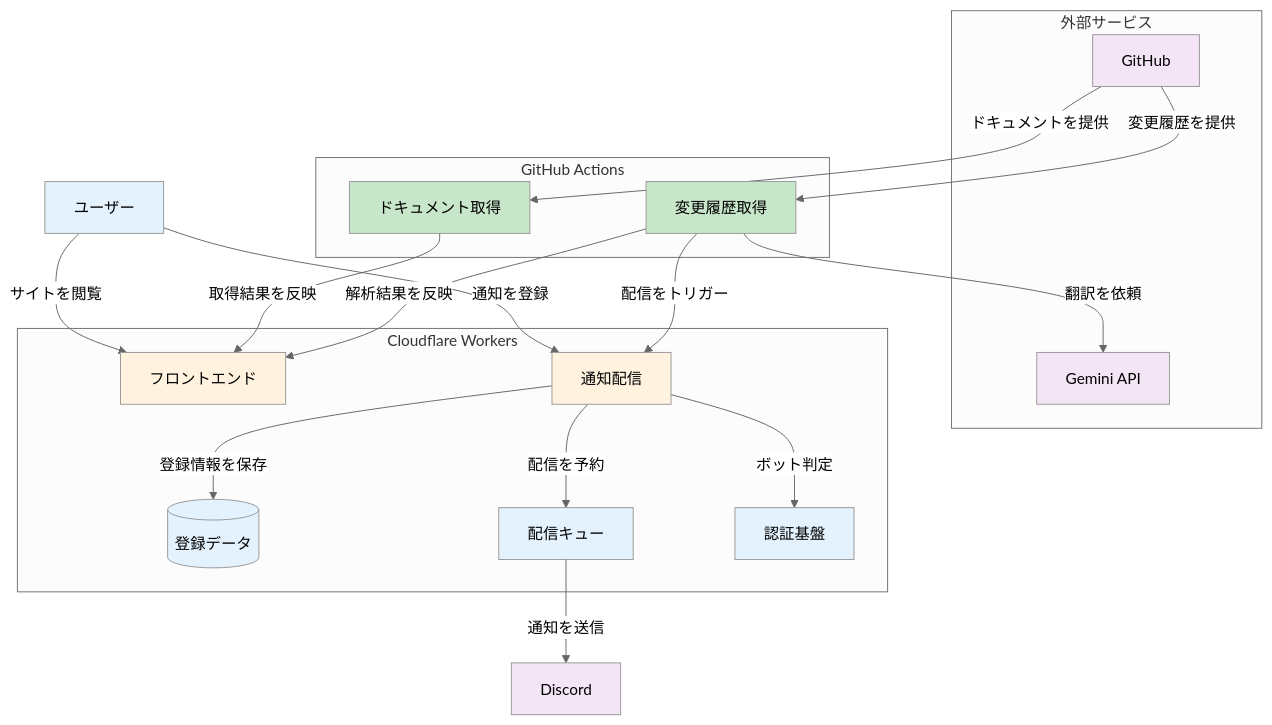
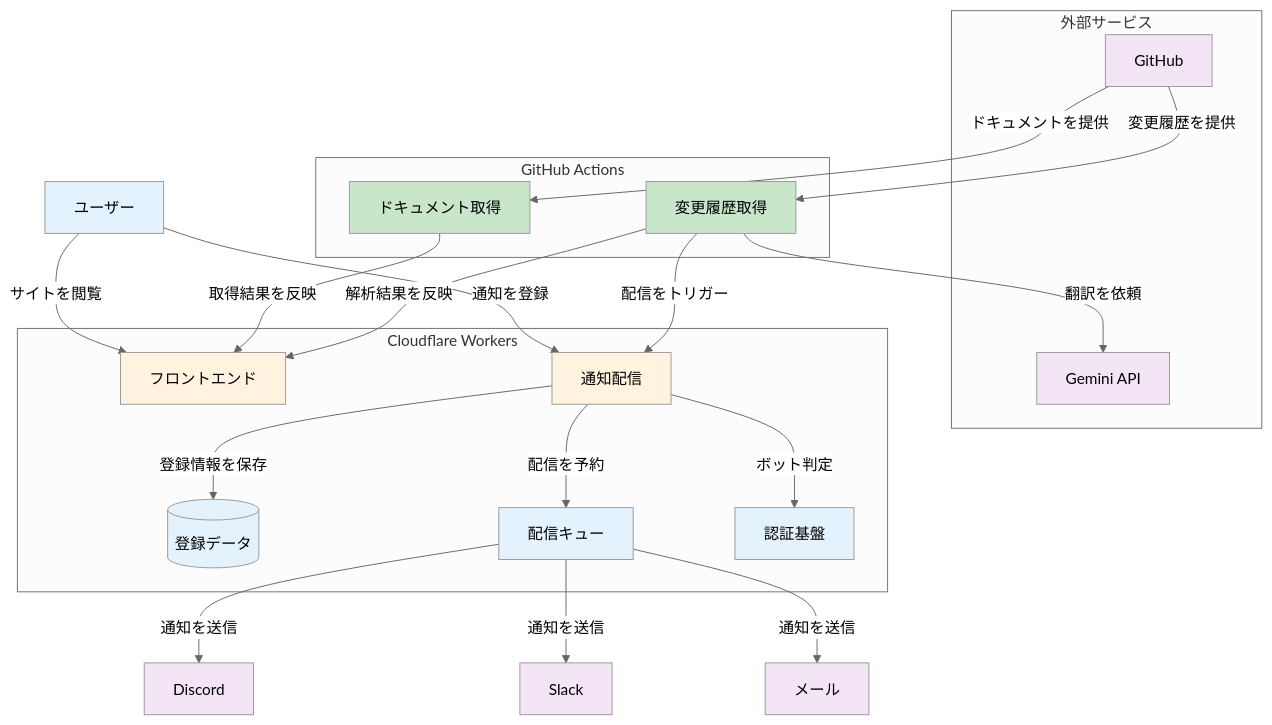
The diagram in README.md (Suntory-N-Water/claude-code-changelog-viewer), drawn with Mermaid (neutral theme) before and after one commit. The commit also changed other lines of this file, not shown here.

````diff
--- a/README.md
+++ b/README.md
@@ -62,49 +62,55 @@
 ```mermaid
 graph TD
     subgraph "外部サービス"
         GH[GitHub]
         GEMINI[Gemini API]
     end
 
     subgraph "GitHub Actions"
         FETCH_CL[変更履歴取得]
         FETCH_DOC[ドキュメント取得]
     end
 
     subgraph "Cloudflare Workers"
         WWW[フロントエンド]
         NW[通知配信]
         D1[(登録データ)]
         QUEUES[配信キュー]
         TURNSTILE[認証基盤]
     end
 
     USER[ユーザー]
     DISCORD[Discord]
+    SLACK[Slack]
+    EMAIL[メール]
 
     GH -->|変更履歴を提供| FETCH_CL
     GH -->|ドキュメントを提供| FETCH_DOC
     FETCH_CL -->|翻訳を依頼| GEMINI
     FETCH_CL -->|解析結果を反映| WWW
     FETCH_DOC -->|取得結果を反映| WWW
     FETCH_CL -->|配信をトリガー| NW
 
     USER -->|サイトを閲覧| WWW
     USER -->|通知を登録| NW
     NW -->|ボット判定| TURNSTILE
     NW -->|登録情報を保存| D1
     NW -->|配信を予約| QUEUES
     QUEUES -->|通知を送信| DISCORD
+    QUEUES -->|通知を送信| SLACK
+    QUEUES -->|通知を送信| EMAIL
 
     style GH fill:#f3e5f5
     style GEMINI fill:#f3e5f5
     style FETCH_CL fill:#c8e6c9
     style FETCH_DOC fill:#c8e6c9
     style WWW fill:#fff3e0
     style NW fill:#fff3e0
     style D1 fill:#e3f2fd
     style QUEUES fill:#e3f2fd
     style TURNSTILE fill:#e3f2fd
     style USER fill:#e3f2fd
     style DISCORD fill:#f3e5f5
+    style SLACK fill:#f3e5f5
+    style EMAIL fill:#f3e5f5
 ```
````
